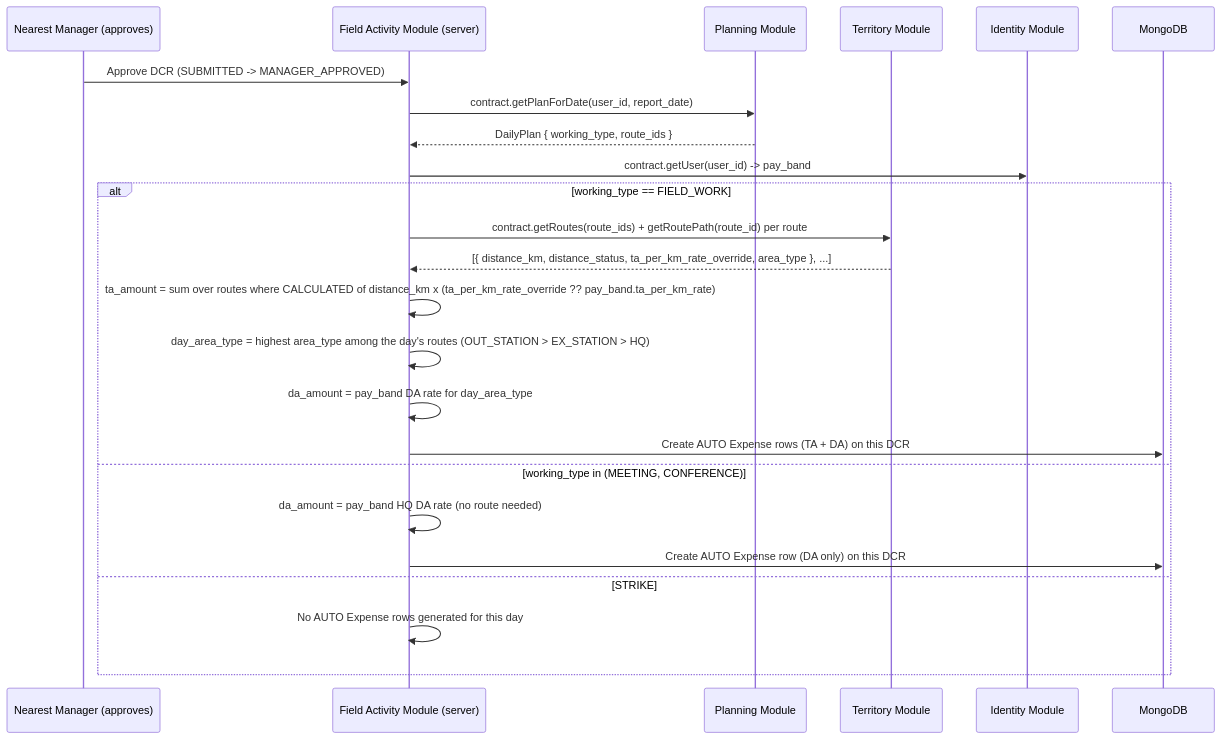
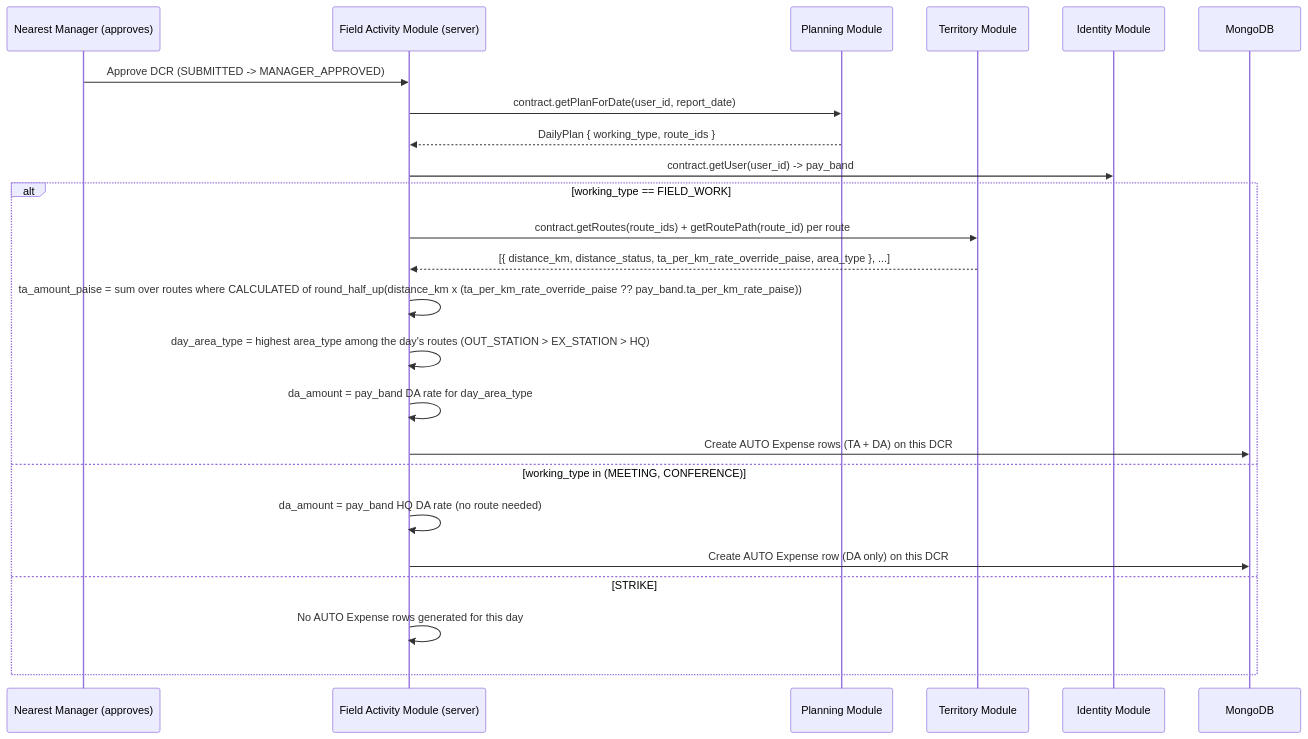
One commit to reboot-ai-private-limited/greynote changed the diagram in docs/hld/06-ta-da-auto-calculation.md. Above: the diagram before and after it, drawn with Mermaid. The commit also changed other lines of this file and 35 other files, not shown here.

First line of the commit message:
feat: money is whole paise — Pay Band and Route rate override migrated (Phase 5 step 3)

````diff
--- a/docs/hld/06-ta-da-auto-calculation.md
+++ b/docs/hld/06-ta-da-auto-calculation.md
@@ -13,27 +21,27 @@
 ```mermaid
 sequenceDiagram
     participant Mgr as Nearest Manager (approves)
     participant FA as Field Activity Module (server)
     participant Planning as Planning Module
     participant Territory as Territory Module
     participant Identity as Identity Module
     participant DB as MongoDB
 
     Mgr->>FA: Approve DCR (SUBMITTED -> MANAGER_APPROVED)
     FA->>Planning: contract.getPlanForDate(user_id, report_date)
     Planning-->>FA: DailyPlan { working_type, route_ids }
     FA->>Identity: contract.getUser(user_id) -> pay_band
     alt working_type == FIELD_WORK
         FA->>Territory: contract.getRoutes(route_ids) + getRoutePath(route_id) per route
-        Territory-->>FA: [{ distance_km, distance_status, ta_per_km_rate_override, area_type }, ...]
-        FA->>FA: ta_amount = sum over routes where CALCULATED of distance_km x (ta_per_km_rate_override ?? pay_band.ta_per_km_rate)
+        Territory-->>FA: [{ distance_km, distance_status, ta_per_km_rate_override_paise, area_type }, ...]
+        FA->>FA: ta_amount_paise = sum over routes where CALCULATED of round_half_up(distance_km x (ta_per_km_rate_override_paise ?? pay_band.ta_per_km_rate_paise))
         FA->>FA: day_area_type = highest area_type among the day's routes (OUT_STATION > EX_STATION > HQ)
         FA->>FA: da_amount = pay_band DA rate for day_area_type
         FA->>DB: Create AUTO Expense rows (TA + DA) on this DCR
     else working_type in (MEETING, CONFERENCE)
         FA->>FA: da_amount = pay_band HQ DA rate (no route needed)
         FA->>DB: Create AUTO Expense row (DA only) on this DCR
     else STRIKE
         FA->>FA: No AUTO Expense rows generated for this day
     end
 ```
````
